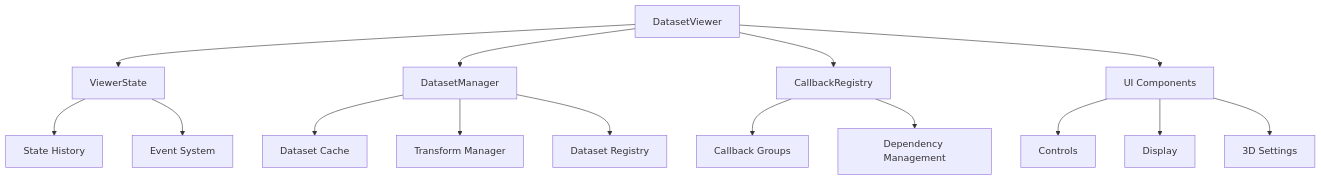
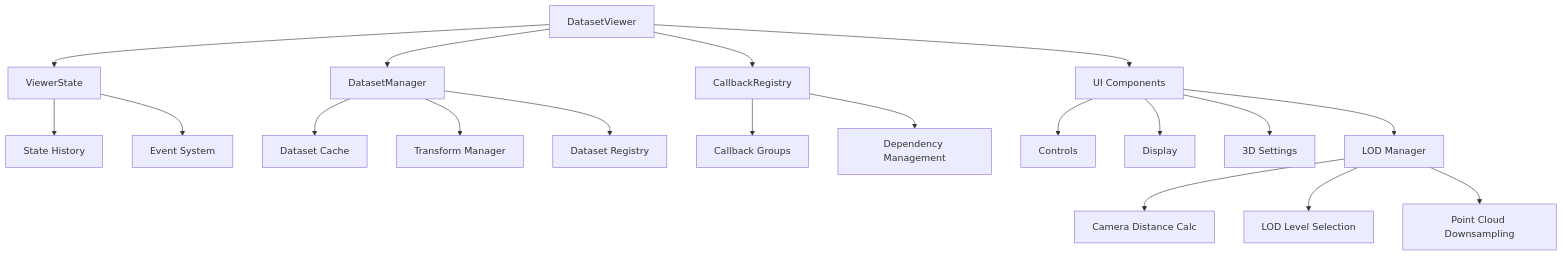
The first of 4 diagrams in docs/data/viewer/architecture.md (danielmao2019/Pylon), drawn with Mermaid before and after one commit. The commit also changed other lines of this file and 4 other files, not shown here.

````diff
--- a/docs/data/viewer/architecture.md
+++ b/docs/data/viewer/architecture.md
@@ -9,21 +9,26 @@
 ```mermaid
 graph TD
     A[DatasetViewer] --> B[ViewerState]
     A --> C[DatasetManager]
     A --> D[CallbackRegistry]
     A --> E[UI Components]
 
     B --> F[State History]
     B --> G[Event System]
 
     C --> H[Dataset Cache]
     C --> I[Transform Manager]
     C --> J[Dataset Registry]
 
     D --> K[Callback Groups]
     D --> L[Dependency Management]
 
     E --> M[Controls]
     E --> N[Display]
     E --> O[3D Settings]
+    E --> P[LOD Manager]
+    
+    P --> Q[Camera Distance Calc]
+    P --> R[LOD Level Selection]
+    P --> S[Point Cloud Downsampling]
 ```
````
